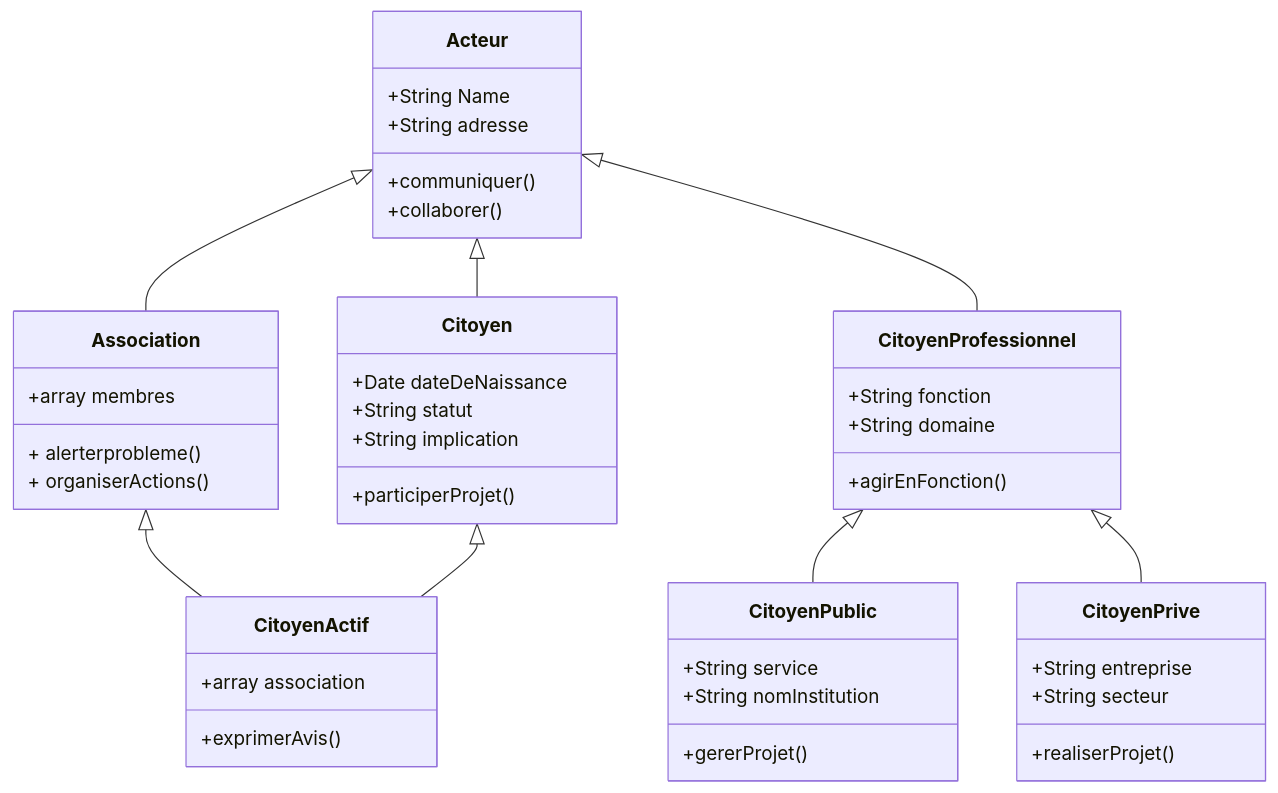
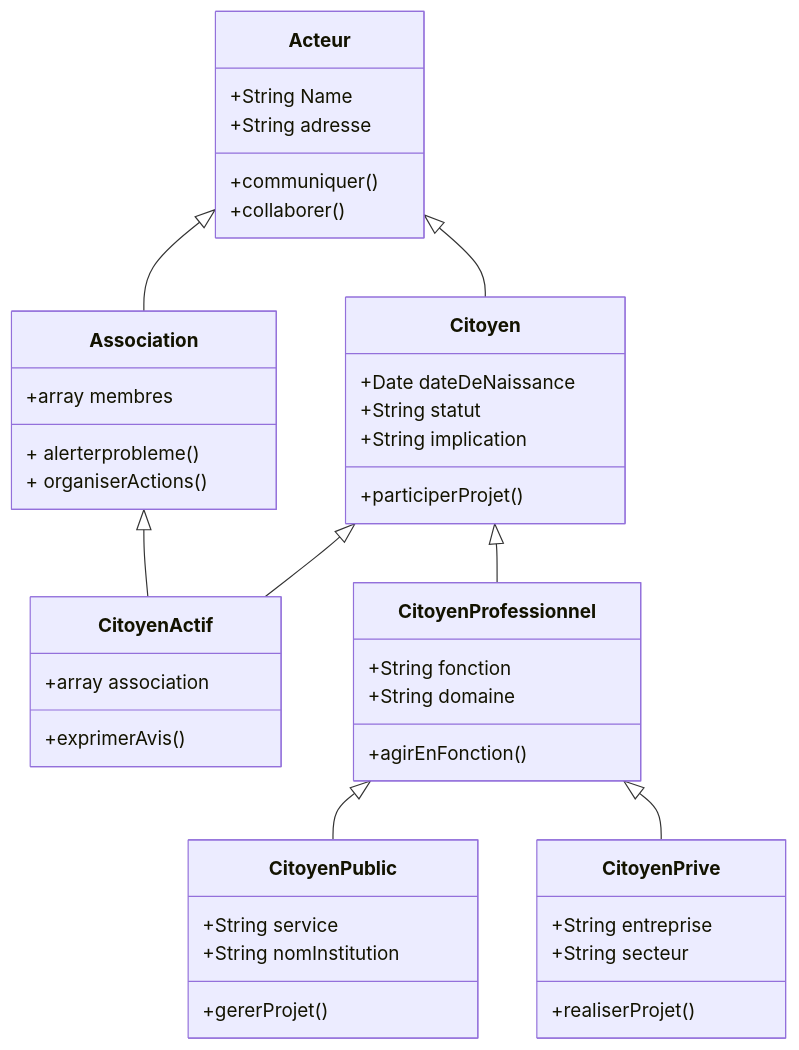
One commit to kahiarchi/plaine---saint--Denis---batiment- changed the diagram in acteurskahiachi3.md. Above: the diagram before and after it, drawn with Mermaid.

````diff
--- a/acteurskahiachi3.md
+++ b/acteurskahiachi3.md
@@ -1,54 +1,54 @@
 ```mermaid
 classDiagram
      
    Acteur <|-- Association
     Acteur <|-- Citoyen
      Association <|-- CitoyenActif
     Citoyen <|-- CitoyenActif
-    Acteur <|-- CitoyenProfessionnel
+    Citoyen <|-- CitoyenProfessionnel
     CitoyenProfessionnel <|-- CitoyenPublic
     CitoyenProfessionnel <|-- CitoyenPrive
 
 
     Acteur : +String Name
     Acteur : +String adresse
     Acteur: +communiquer()
     Acteur: +collaborer()
 
 
   class Citoyen {
      +Date   dateDeNaissance
      +String statut 
      +String implication
      +participerProjet()
   }
 
    class Association{
 
     +array membres 
     + alerterprobleme()
     + organiserActions()
     }
   class CitoyenActif {
      +array association
      +exprimerAvis()
   }
 
   class CitoyenProfessionnel {
      +String fonction
      +String domaine
      +agirEnFonction()
   }
 
   class CitoyenPublic {
      +String service
      +String nomInstitution
      +gererProjet()
   }
 
   class CitoyenPrive {
      +String entreprise
      +String secteur
      +realiserProjet()
   }
 ```
````
